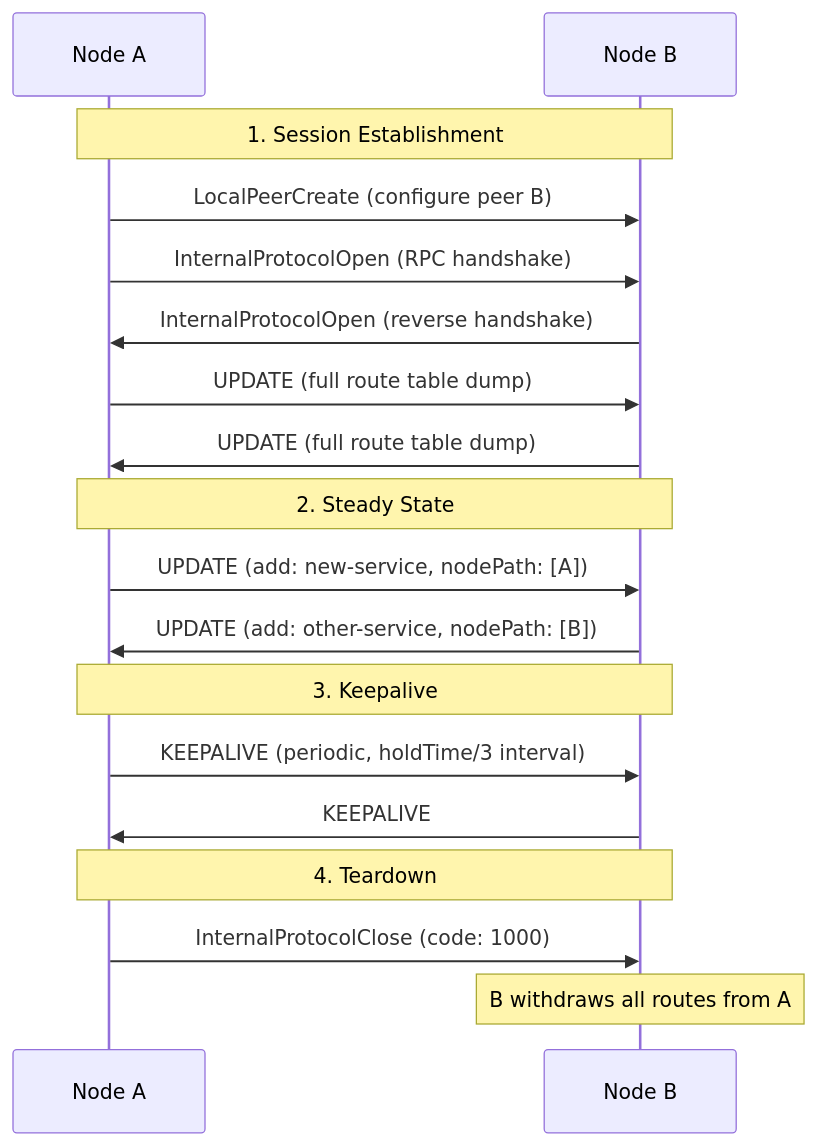
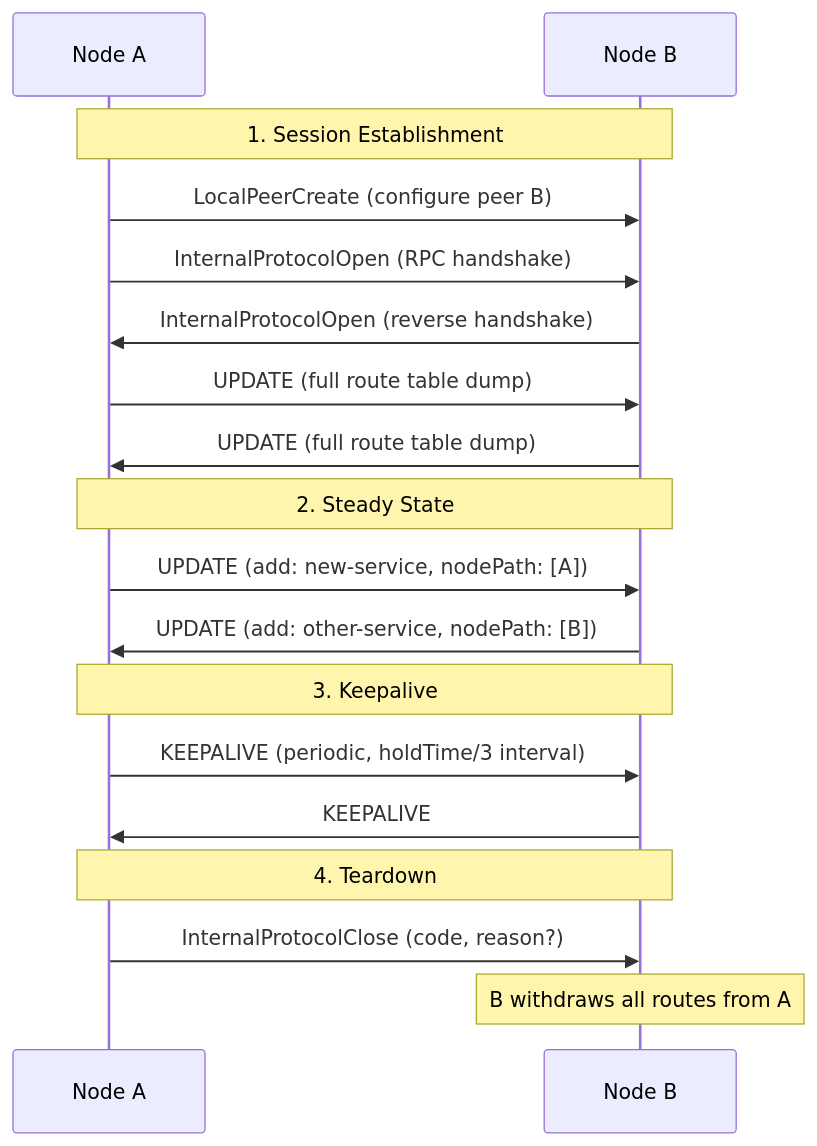
One commit to orbisoperations/catalyst-router changed the diagram in packages/routing/README.md. Above: the diagram before and after it, drawn with Mermaid. The commit also changed other lines of this file, not shown here.

First line of the commit message:
docs(routing): fix README schema and type documentation

````diff
--- a/packages/routing/README.md
+++ b/packages/routing/README.md
@@ -181,24 +194,24 @@
 ```mermaid
 sequenceDiagram
     participant A as Node A
     participant B as Node B
 
     Note over A,B: 1. Session Establishment
     A->>B: LocalPeerCreate (configure peer B)
     A->>B: InternalProtocolOpen (RPC handshake)
     B->>A: InternalProtocolOpen (reverse handshake)
     A->>B: UPDATE (full route table dump)
     B->>A: UPDATE (full route table dump)
 
     Note over A,B: 2. Steady State
     A->>B: UPDATE (add: new-service, nodePath: [A])
     B->>A: UPDATE (add: other-service, nodePath: [B])
 
     Note over A,B: 3. Keepalive
     A->>B: KEEPALIVE (periodic, holdTime/3 interval)
     B->>A: KEEPALIVE
 
     Note over A,B: 4. Teardown
-    A->>B: InternalProtocolClose (code: 1000)
+    A->>B: InternalProtocolClose (code, reason?)
     Note over B: B withdraws all routes from A
 ```
````
